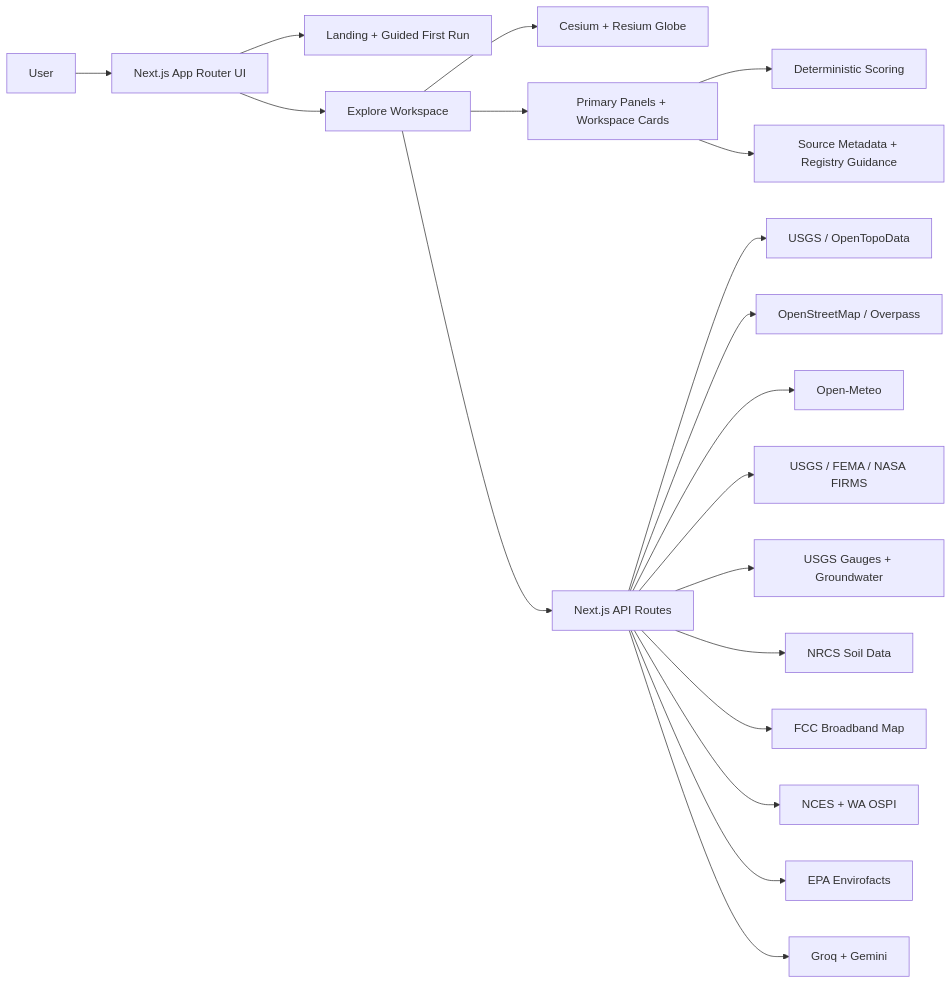
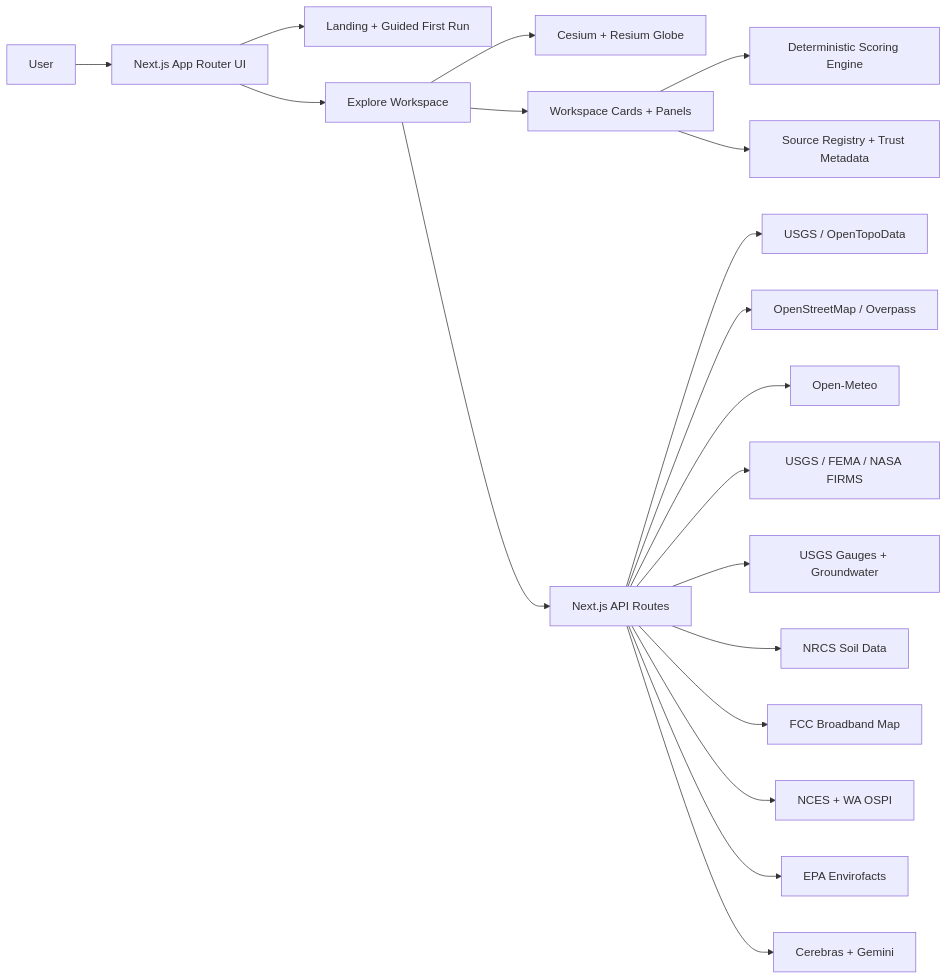
One commit to sabinMas/geosight-gspat changed the diagram in README.md. Above: the diagram before and after it, drawn with Mermaid. The commit also changed other lines of this file, not shown here.

````diff
--- a/README.md
+++ b/README.md
@@ -285,21 +113,21 @@
 ```mermaid
 flowchart LR
   User["User"] --> UI["Next.js App Router UI"]
   UI --> Landing["Landing + Guided First Run"]
   UI --> Explore["Explore Workspace"]
   Explore --> Globe["Cesium + Resium Globe"]
-  Explore --> Cards["Primary Panels + Workspace Cards"]
-  Cards --> Score["Deterministic Scoring"]
-  Cards --> Trust["Source Metadata + Registry Guidance"]
+  Explore --> Cards["Workspace Cards + Panels"]
+  Cards --> Score["Deterministic Scoring Engine"]
+  Cards --> Trust["Source Registry + Trust Metadata"]
   Explore --> APIs["Next.js API Routes"]
   APIs --> Terrain["USGS / OpenTopoData"]
   APIs --> OSM["OpenStreetMap / Overpass"]
   APIs --> Weather["Open-Meteo"]
   APIs --> Hazards["USGS / FEMA / NASA FIRMS"]
   APIs --> Water["USGS Gauges + Groundwater"]
   APIs --> Soil["NRCS Soil Data"]
   APIs --> Broadband["FCC Broadband Map"]
   APIs --> School["NCES + WA OSPI"]
   APIs --> EPA["EPA Envirofacts"]
-  APIs --> AI["Groq + Gemini"]
+  APIs --> AI["Cerebras + Gemini"]
 ```
````
